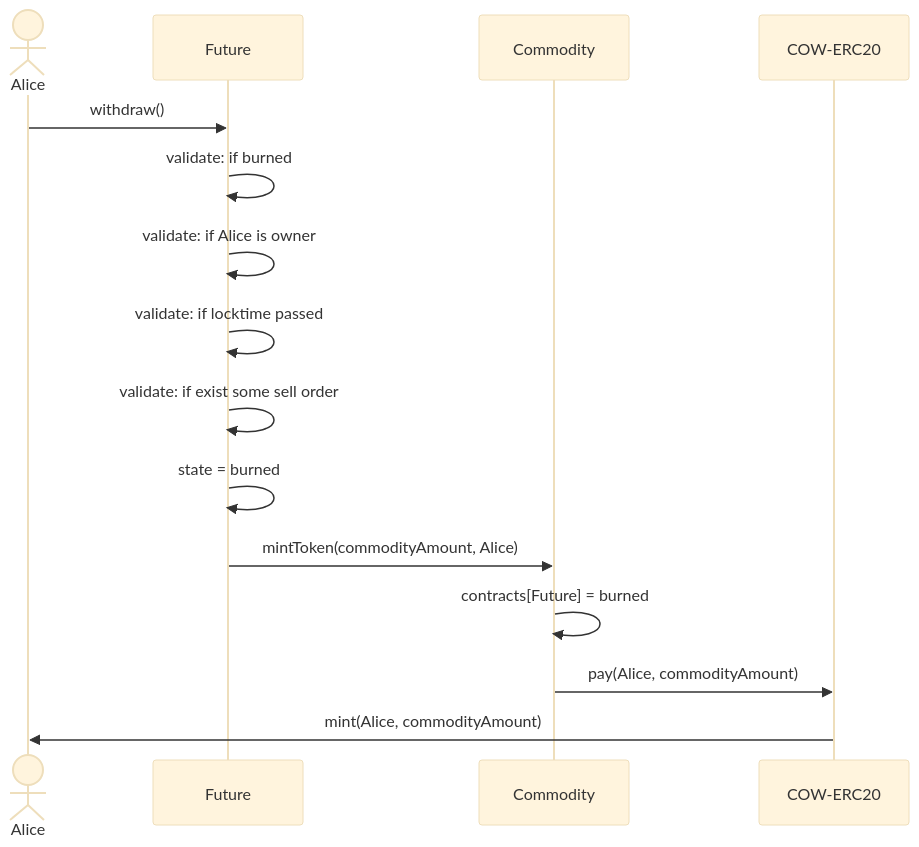
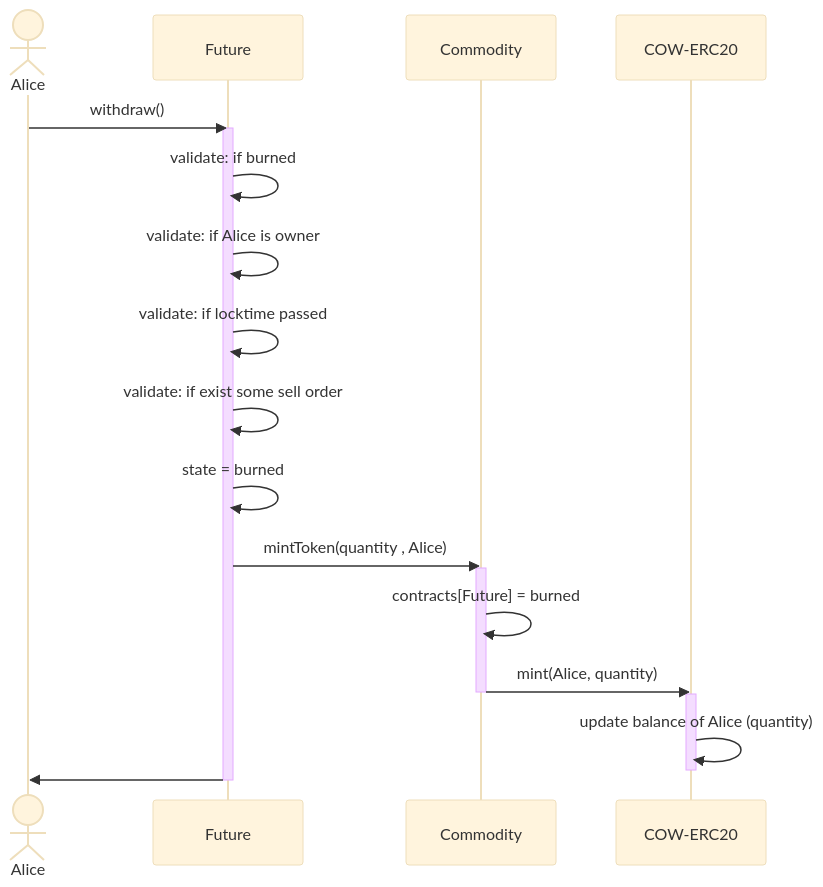
Before and after one commit to ExtractoDAO/DeFi: the second of 5 diagrams in blockchain/smartcontracts/DOCS.md, drawn with Mermaid (base theme). The commit also changed other lines of this file, not shown here.

````diff
--- a/blockchain/smartcontracts/DOCS.md
+++ b/blockchain/smartcontracts/DOCS.md
@@ -22,20 +25,30 @@
 ```mermaid
 sequenceDiagram
 
 actor Alice
 participant Future
 participant Commodity
 participant COW-ERC20
 
 Alice->>Future: withdraw()
+
+activate Future
 Future->>Future: validate: if burned
 Future->>Future: validate: if Alice is owner
 Future->>Future: validate: if locktime passed
 Future->>Future: validate: if exist some sell order
 Future->>Future: state = burned
+Future->>Commodity: mintToken(quantity , Alice)
 
-Future->>Commodity: mintToken(commodityAmount, Alice)
+activate Commodity
 Commodity->>Commodity: contracts[Future] = burned
-Commodity->>COW-ERC20: pay(Alice, commodityAmount)
-COW-ERC20->>Alice: mint(Alice, commodityAmount)
+Commodity->>COW-ERC20: mint(Alice, quantity)
+deactivate Commodity
+
+activate COW-ERC20
+COW-ERC20->>COW-ERC20: update balance of Alice (quantity)
+deactivate COW-ERC20
+
+Future->>Alice:
+deactivate Future
 ```
````
